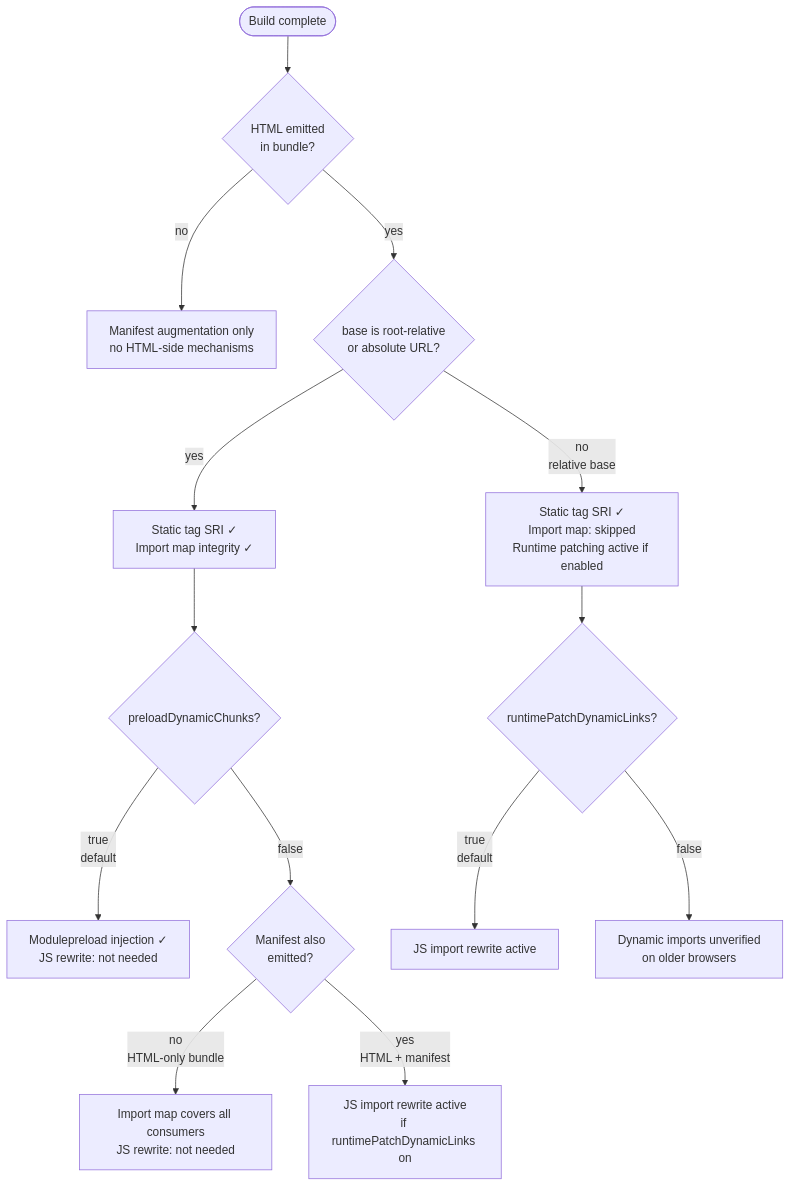
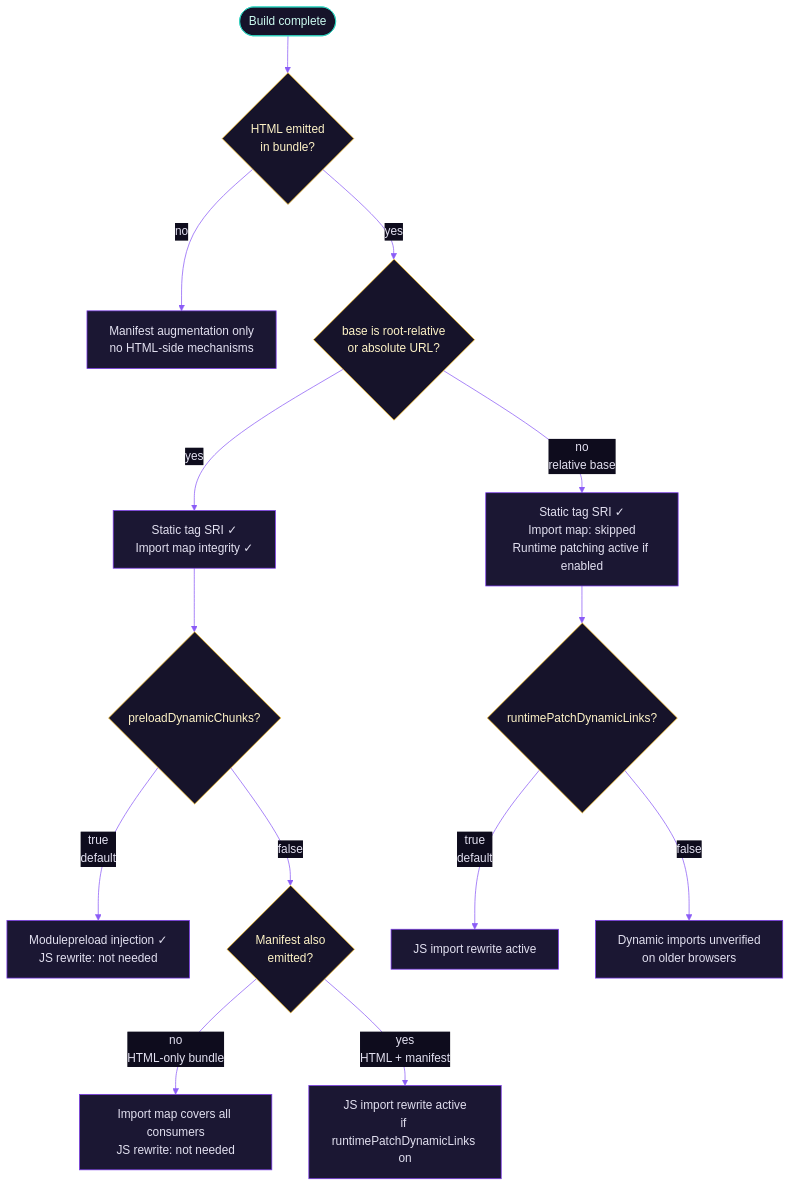
One commit to rbonestell/vite-plugin-sri-gen changed the diagram in docs/learn/coverage-strategies.md. Above: the diagram before and after it, drawn with Mermaid. The commit also changed other lines of this file and 20 other files, not shown here.

````diff
--- a/docs/learn/coverage-strategies.md
+++ b/docs/learn/coverage-strategies.md
@@ -81,16 +85,22 @@
 ```mermaid
+%%{init: {"theme":"base","themeVariables":{"fontFamily":"Inter, ui-sans-serif, system-ui, sans-serif","primaryColor":"#1b1733","primaryTextColor":"#e2e0f0","primaryBorderColor":"#7c3aed","lineColor":"#8b5cf6","textColor":"#b8b4d8","edgeLabelBackground":"#0e0c1d"}}}%%
 flowchart TD
     A([Build complete]) --> B{HTML emitted\nin bundle?}
     B -- no --> C[Manifest augmentation only\nno HTML-side mechanisms]
     B -- yes --> D{base is root-relative\nor absolute URL?}
     D -- no\nrelative base --> E[Static tag SRI ✓\nImport map: skipped\nRuntime patching active if enabled]
     D -- yes --> F[Static tag SRI ✓\nImport map integrity ✓]
     F --> G{preloadDynamicChunks?}
     G -- true\ndefault --> H[Modulepreload injection ✓\nJS rewrite: not needed]
     G -- false --> I{Manifest also\nemitted?}
     I -- no\nHTML-only bundle --> J[Import map covers all consumers\nJS rewrite: not needed]
     I -- yes\nHTML + manifest --> K[JS import rewrite active\nif runtimePatchDynamicLinks on]
     E --> L{runtimePatchDynamicLinks?}
     L -- true\ndefault --> M[JS import rewrite active]
     L -- false --> N[Dynamic imports unverified\non older browsers]
+
+    classDef terminal fill:#16132a,stroke:#2dd4bf,color:#ccfbf1
+    classDef decision fill:#16132a,stroke:#fbbf24,color:#fef3c7
+    class A terminal
+    class B,D,G,I,L decision
 ```
````
